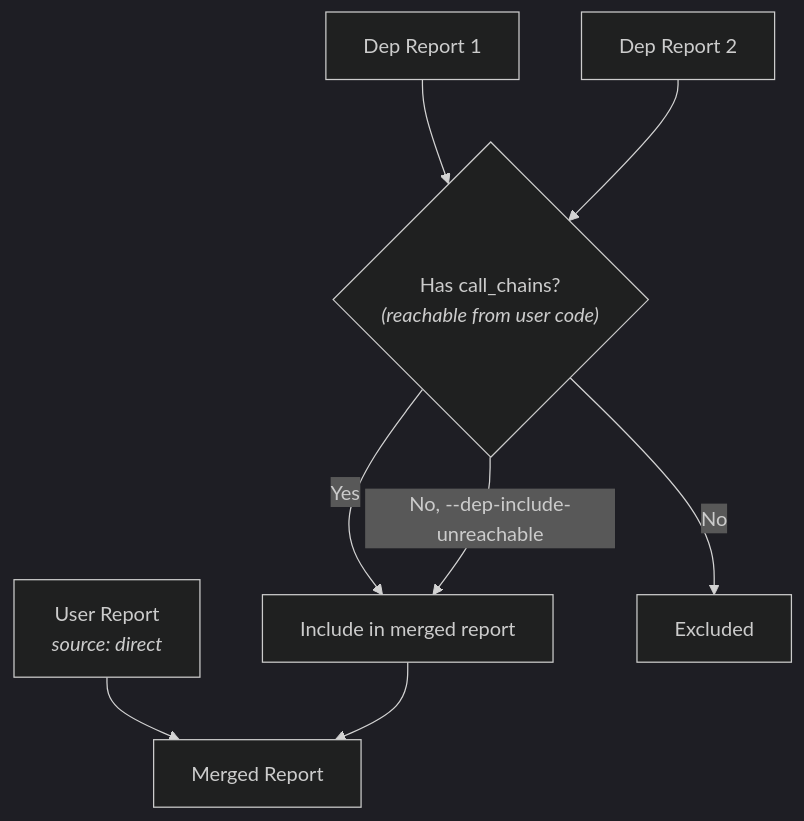
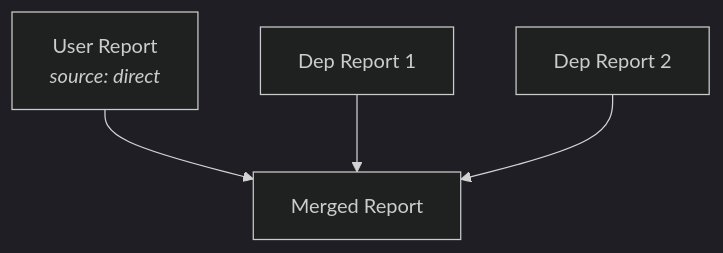
Before and after one commit to scanoss/crypto-finder: the sixth of 7 diagrams in docs/DEPENDENCY_SCANNING.md, drawn with Mermaid (dark theme). The commit also changed other lines of this file and 92 other files, not shown here.

````diff
--- a/docs/DEPENDENCY_SCANNING.md
+++ b/docs/DEPENDENCY_SCANNING.md
@@ -254,16 +302,10 @@
 ```mermaid
 flowchart TB
     UR["User Report<br/><i>source: direct</i>"]
     DR1["Dep Report 1"]
     DR2["Dep Report 2"]
 
-    DR1 --> Filter{"Has call_chains?<br/><i>(reachable from user code)</i>"}
-    DR2 --> Filter
-
-    Filter -->|Yes| Reachable["Include in merged report"]
-    Filter -->|No, --dep-include-unreachable| Reachable
-    Filter -->|No| Drop["Excluded"]
-
     UR --> Merged["Merged Report"]
-    Reachable --> Merged
+    DR1 --> Merged
+    DR2 --> Merged
 ```
````
